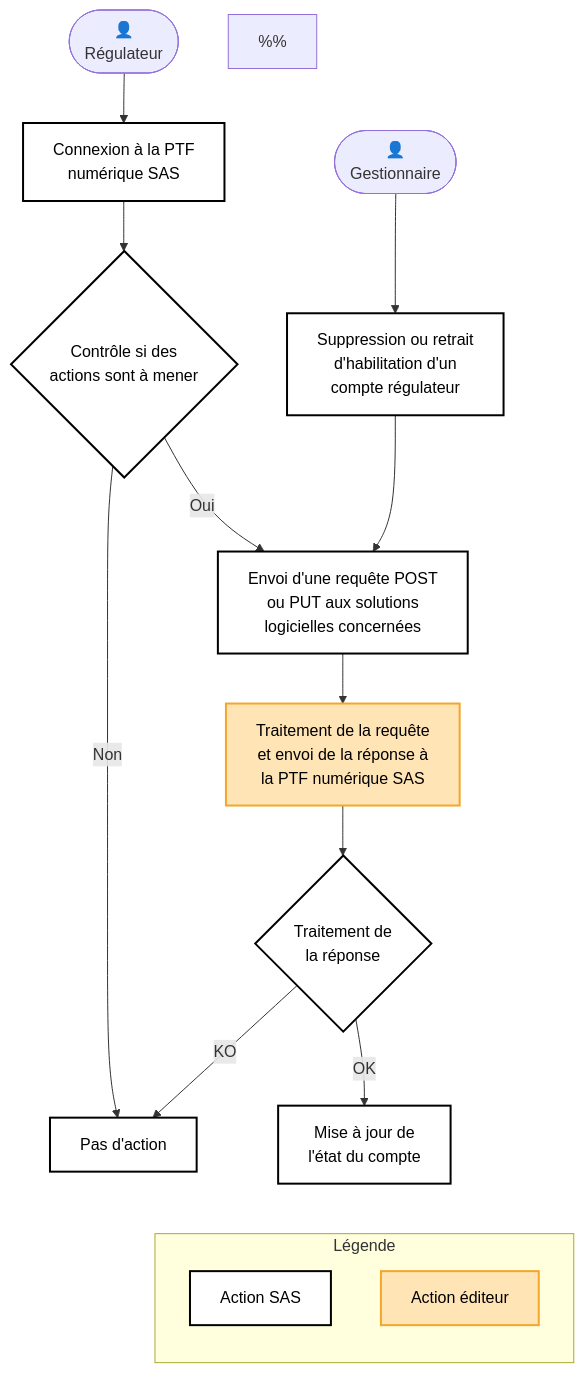
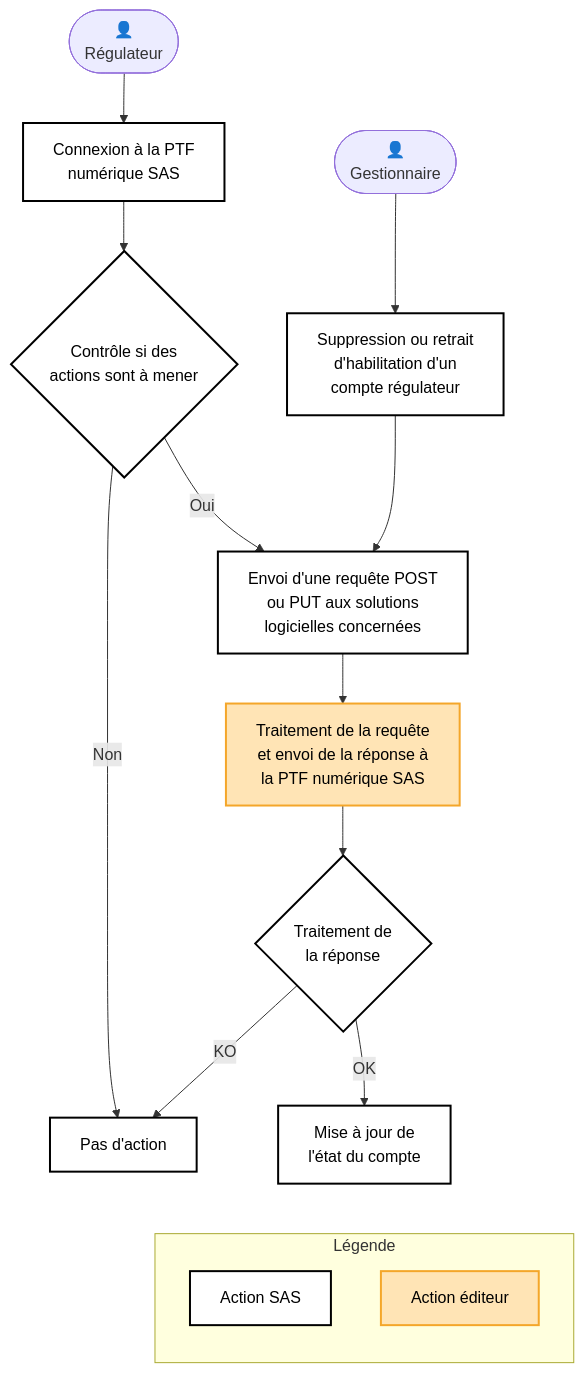
The diagram in input/pagecontent/specifications_fonctionnelles.md (ansforge/IG-fhir-service-acces-aux-soins), drawn with Mermaid before and after one commit. The commit also changed other lines of this file and 1 other file, not shown here.

````diff
--- a/input/pagecontent/specifications_fonctionnelles.md
+++ b/input/pagecontent/specifications_fonctionnelles.md
@@ -150,61 +161,56 @@
 ```mermaid
 flowchart TB
  
-%% Acteurs
 GEST([👤<br/>Gestionnaire])
 REG([👤<br/>Régulateur])
  
-%% Nœuds
 SUP["Suppression ou retrait<br/>d'habilitation d'un<br/>compte régulateur"]
  
 CON["Connexion à la PTF<br/>numérique SAS"]
  
 CTRL{"Contrôle si des<br/>actions sont à mener"}
  
 REQ["Envoi d'une requête POST<br/>ou PUT aux solutions<br/>logicielles concernées"]
  
 TRAIT["Traitement de la requête<br/>et envoi de la réponse à<br/>la PTF numérique SAS"]
  
 REP{"Traitement de<br/>la réponse"}
  
 RIEN["Pas d'action"]
  
 MAJ["Mise à jour de<br/>l'état du compte"]
 GEST --> SUP
 REG --> CON
  
-%% Flux principal
 CON --> CTRL
  
 CTRL -->|Oui| REQ
 CTRL -->|Non| RIEN
  
 SUP --> REQ
  
 REQ --> TRAIT
  
 TRAIT --> REP
  
 REP -->|OK| MAJ
 REP -->|KO| RIEN
  
-%% Légende
+
 subgraph LEG["Légende"]
     direction TB
     L1["Action SAS"]
     L2["Action éditeur"]
 end
  
-%%
 MAJ ~~~ L1
  
 %% Styles
 classDef sas fill:#ffffff,stroke:#000000,stroke-width:2px,color:#000;
 classDef editeur fill:#FFE4B5,stroke:#F4A62A,stroke-width:2px,color:#000;
  
-%%
+
 class CON,SUP,REQ,CTRL,REP,RIEN,MAJ,L1 sas;
  
-%% Action éditeur
 class TRAIT,L2 editeur;
 ```
````
